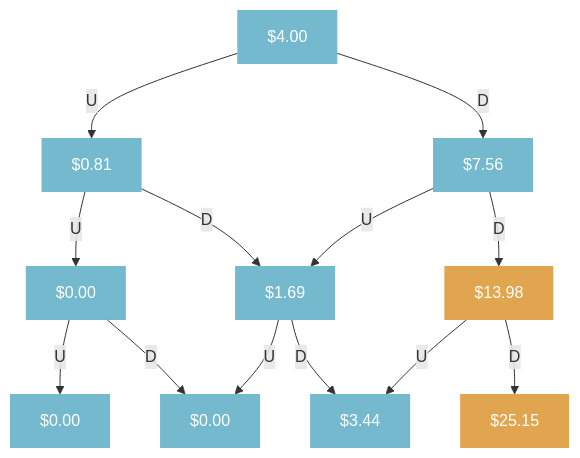
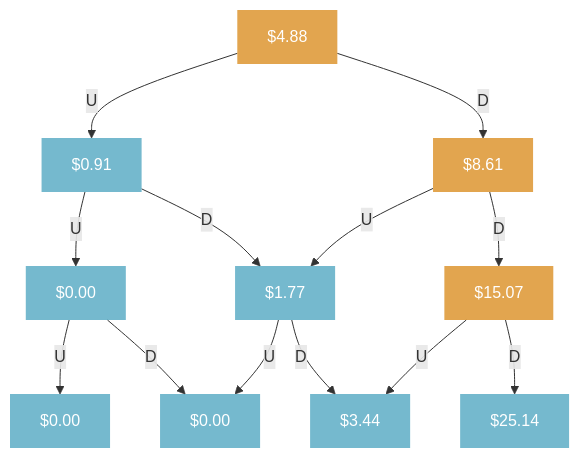
Before and after one commit to JerBouma/jerbouma.github.io: the fifth of 5 diagrams in _pages/articles/binomial-trees.md, drawn with Mermaid. The commit also changed other lines of this file and 4 other files, not shown here.

```diff
--- a/_pages/articles/binomial-trees.md
+++ b/_pages/articles/binomial-trees.md
@@ -265,25 +245,17 @@
 <div class="mermaid">
-
 flowchart TD;
 classDef boxfont fill:#3b9cba,stroke-width:0px,fill-opacity:0.7,color:white,radius:20px;
 classDef highlightfont fill:#d67f05,stroke-width:0px,fill-opacity:0.7,color:white,radius:20px;
-
-Step0["$4.00"]:::boxfont -- U --> Step1["$0.81"]:::boxfont
-Step0["$4.00"] -- D --> Step2["$7.56"]:::boxfont
-
-Step1["$0.81"] -- U --> Step3["$0.00"]:::boxfont
-Step1["$0.81"] -- D --> Step4["$1.69"]:::boxfont
-
-Step2["$7.56"] -- U --> Step4["$1.69"]:::boxfont
-Step2["$7.56"] -- D --> Step5["$13.98"]:::highlightfont
-
+Step0["$4.88"]:::highlightfont -- U --> Step1["$0.91"]:::boxfont
+Step0["$4.88"] -- D --> Step2["$8.61"]:::highlightfont
+Step1["$0.91"] -- U --> Step3["$0.00"]:::boxfont
+Step1["$0.91"] -- D --> Step4["$1.77"]:::boxfont
+Step2["$8.61"] -- U --> Step4["$1.77"]
+Step2["$8.61"] -- D --> Step5["$15.07"]:::highlightfont
 Step3["$0.00"] -- U --> Step6["$0.00"]:::boxfont
 Step3["$0.00"] -- D --> Step7["$0.00"]:::boxfont
-
-Step4["$1.69"] -- U --> Step7["$0.00"]:::boxfont
-Step4["$1.69"] -- D --> Step8["$3.44"]:::boxfont
-
-Step5["$13.98"] -- U --> Step8["$3.44"]:::boxfont
-Step5["$13.98"] -- D --> Step9["$25.15"]:::highlightfont
-
+Step4["$1.77"] -- U --> Step7["$0.00"]
+Step4["$1.77"] -- D --> Step8["$3.44"]:::boxfont
+Step5["$15.07"] -- U --> Step8["$3.44"]
+Step5["$15.07"] -- D --> Step9["$25.14"]:::boxfont
 </div>
```
